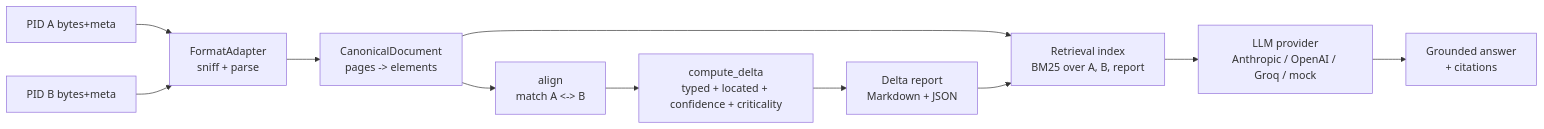
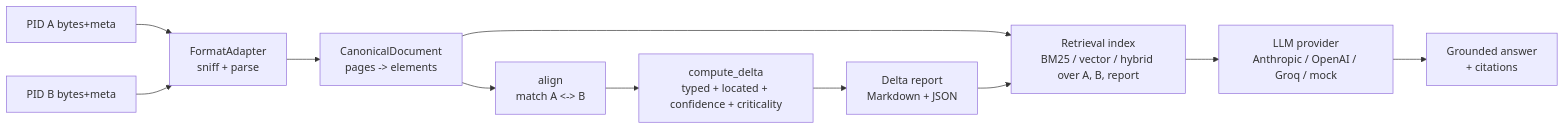
Before and after one commit to bhaviknagre/DeltaIQ: the diagram in docs/index.md, drawn with Mermaid. The commit also changed other lines of this file and 28 other files, not shown here.

````diff
--- a/docs/index.md
+++ b/docs/index.md
@@ -12,13 +48,13 @@
 ```mermaid
 flowchart LR
     A[PID A bytes+meta] --> ADAPT[FormatAdapter\nsniff + parse]
     B[PID B bytes+meta] --> ADAPT
     ADAPT --> CANON[CanonicalDocument\npages -> elements]
     CANON --> ALIGN[align\nmatch A <-> B]
     ALIGN --> DELTA[compute_delta\ntyped + located + confidence + criticality]
     DELTA --> REPORT[Delta report\nMarkdown + JSON]
-    CANON --> INDEX[Retrieval index\nBM25 over A, B, report]
+    CANON --> INDEX[Retrieval index\nBM25 / vector / hybrid over A, B, report]
     REPORT --> INDEX
     INDEX --> LLM[LLM provider\nAnthropic / OpenAI / Groq / mock]
     LLM --> ANSWER[Grounded answer\n+ citations]
 ```
````
